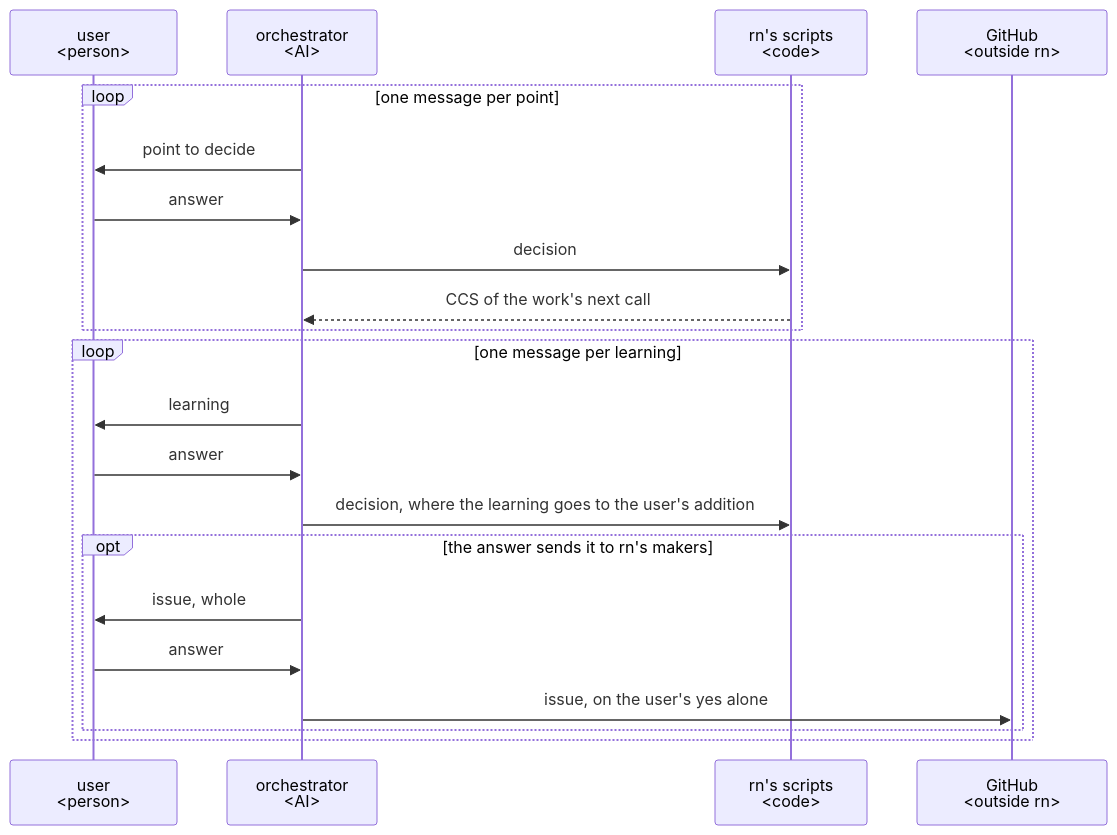
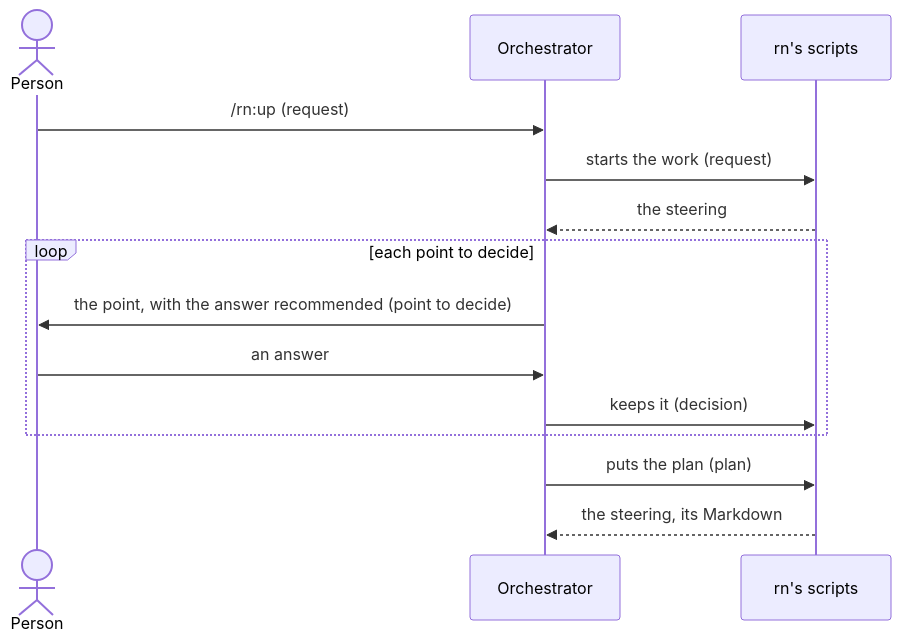
The first of 4 diagrams in dev/rn/architecture.md (lovaizu/ccpm), drawn with Mermaid before and after one commit. The commit also changed other lines of this file and 1 other file, not shown here.

First line of the commit message:
rn's architecture rewritten from its design tree on the architecture template alone

````diff
--- a/dev/rn/architecture.md
+++ b/dev/rn/architecture.md
@@ -254,23 +102,16 @@
 ```mermaid
 sequenceDiagram
-  participant U as user<br/>#lt;person#gt;
-  participant O as orchestrator<br/>#lt;AI#gt;
-  participant S as rn's scripts<br/>#lt;code#gt;
-  participant G as GitHub<br/>#lt;outside rn#gt;
-  loop one message per point
-    O->>U: point to decide
-    U->>O: answer
-    O->>S: decision
-    S-->>O: CCS of the work's next call
+  actor U as Person
+  participant O as Orchestrator
+  participant S as rn's scripts
+  U->>O: /rn:up (request)
+  O->>S: starts the work (request)
+  S-->>O: the steering
+  loop each point to decide
+    O->>U: the point, with the answer recommended (point to decide)
+    U->>O: an answer
+    O->>S: keeps it (decision)
   end
-  loop one message per learning
-    O->>U: learning
-    U->>O: answer
-    O->>S: decision, where the learning goes to the user's addition
-    opt the answer sends it to rn's makers
-      O->>U: issue, whole
-      U->>O: answer
-      O->>G: issue, on the user's yes alone
-    end
-  end
+  O->>S: puts the plan (plan)
+  S-->>O: the steering, its Markdown
 ```
````
